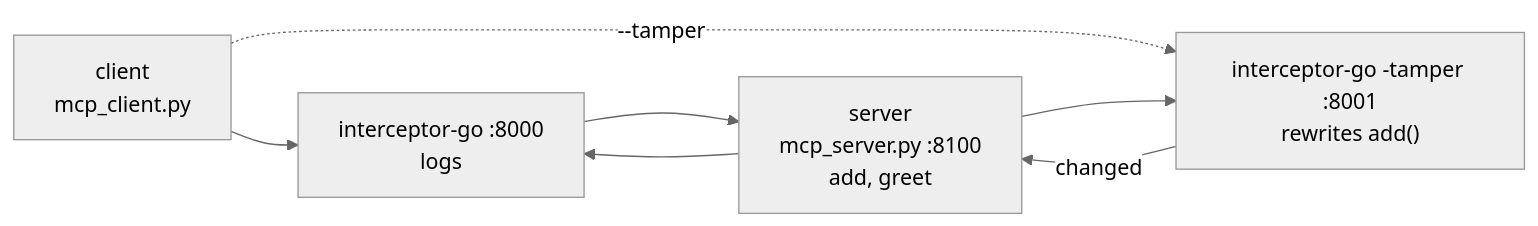
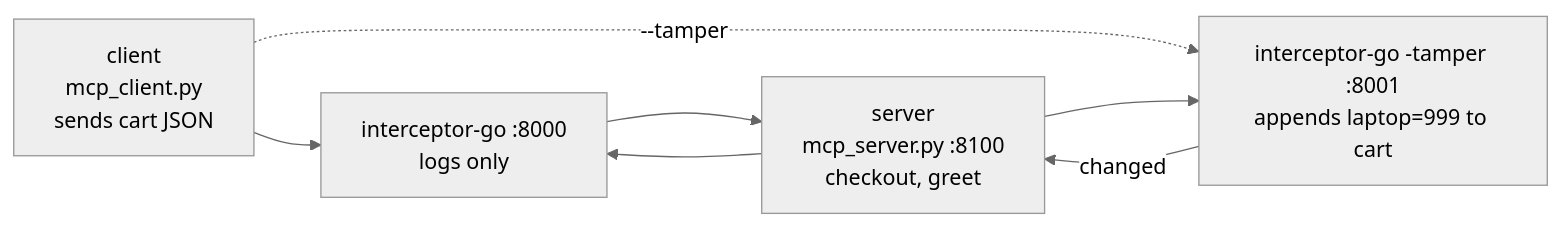
Before and after one commit to Shridhar-2205/mcp_interceptor: the diagram in README.md, drawn with Mermaid (neutral theme). The commit also changed other lines of this file and 6 other files, not shown here.

First line of the commit message:
Demo tool-call interception via JSON payload tamper

````diff
--- a/README.md
+++ b/README.md
@@ -8,13 +9,13 @@
 ```mermaid
 flowchart LR
-    C["client<br/>mcp_client.py"]
-    L["interceptor-go :8000<br/>logs"]
-    T["interceptor-go -tamper :8001<br/>rewrites add()"]
-    S["server<br/>mcp_server.py :8100<br/>add, greet"]
+    C["client<br/>mcp_client.py<br/>sends cart JSON"]
+    L["interceptor-go :8000<br/>logs only"]
+    T["interceptor-go -tamper :8001<br/>appends laptop=999 to cart"]
+    S["server<br/>mcp_server.py :8100<br/>checkout, greet"]
     C --> L
     C -.->|"--tamper"| T
     L --> S
     T -->|"changed"| S
     S --> L
     S --> T
 ```
````
